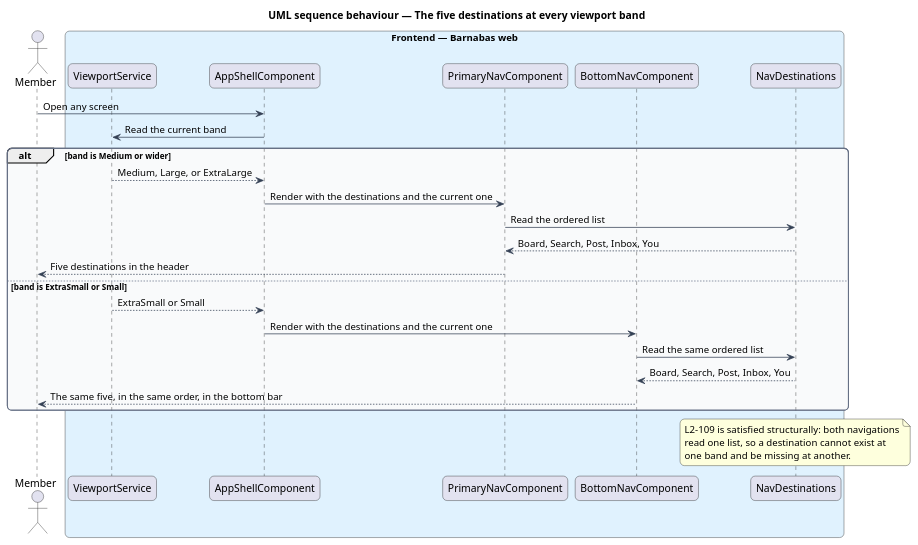
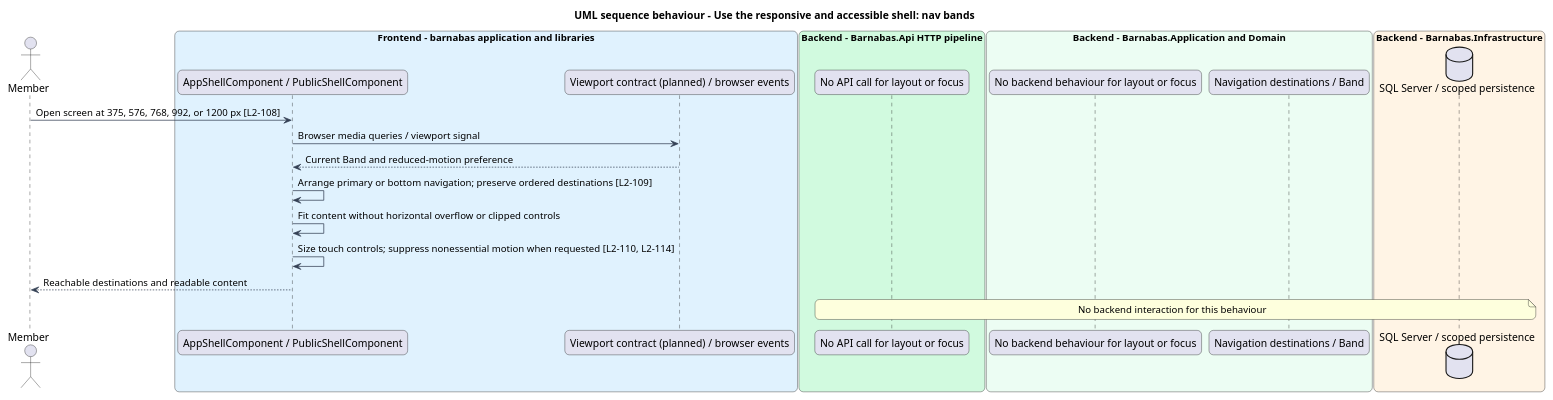
The diagram in docs/detailed-designs/platform/responsive-and-accessible-shell/diagrams/sequence-nav-bands.puml (QuinntyneBrown/Barnabas), drawn with PlantUML before and after one commit. The commit also changed 511 other files, not shown here.

```diff
--- a/docs/detailed-designs/platform/responsive-and-accessible-shell/diagrams/sequence-nav-bands.puml
+++ b/docs/detailed-designs/platform/responsive-and-accessible-shell/diagrams/sequence-nav-bands.puml
@@ -1,42 +1,40 @@
 @startuml
-title UML sequence behaviour — The five destinations at every viewport band
+title UML sequence behaviour - Use the responsive and accessible shell: nav bands
 skinparam backgroundColor #FFFFFF
 skinparam shadowing false
 skinparam roundcorner 12
 skinparam defaultFontName Arial
 skinparam ArrowColor #344054
 skinparam rectangle {
   BorderColor #344054
   FontColor #101828
 }
 skinparam package {
   BorderColor #667085
   FontColor #101828
   BackgroundColor #F9FAFB
 }
 actor "Member" as actor
-box "Frontend — Barnabas web" #E0F2FE
-  participant "ViewportService" as vp
-  participant "AppShellComponent" as shell
-  participant "PrimaryNavComponent" as primary
-  participant "BottomNavComponent" as bottom
-  participant "NavDestinations" as nav
+box "Frontend - barnabas application and libraries" #E0F2FE
+  participant "AppShellComponent / PublicShellComponent" as page
+  participant "Viewport contract (planned) / browser events" as client
 end box
-
-actor -> shell : Open any screen
-shell -> vp : Read the current band
-alt band is Medium or wider
-  vp --> shell : Medium, Large, or ExtraLarge
-  shell -> primary : Render with the destinations and the current one
-  primary -> nav : Read the ordered list
-  nav --> primary : Board, Search, Post, Inbox, You
-  primary --> actor : Five destinations in the header
-else band is ExtraSmall or Small
-  vp --> shell : ExtraSmall or Small
-  shell -> bottom : Render with the destinations and the current one
-  bottom -> nav : Read the same ordered list
-  nav --> bottom : Board, Search, Post, Inbox, You
-  bottom --> actor : The same five, in the same order, in the bottom bar
-end
-note over nav : L2-109 is satisfied structurally: both navigations\nread one list, so a destination cannot exist at\none band and be missing at another.
+box "Backend - Barnabas.Api HTTP pipeline" #D1FADF
+  participant "No API call for layout or focus" as api
+end box
+box "Backend - Barnabas.Application and Domain" #ECFDF3
+  participant "No backend behaviour for layout or focus" as handler
+  participant "Navigation destinations / Band" as entity
+end box
+box "Backend - Barnabas.Infrastructure" #FFF4E5
+  database "SQL Server / scoped persistence" as db
+end box
+actor -> page : Open screen at 375, 576, 768, 992, or 1200 px [L2-108]
+page -> client : Browser media queries / viewport signal
+client --> page : Current Band and reduced-motion preference
+page -> page : Arrange primary or bottom navigation; preserve ordered destinations [L2-109]
+page -> page : Fit content without horizontal overflow or clipped controls
+page -> page : Size touch controls; suppress nonessential motion when requested [L2-110, L2-114]
+page --> actor : Reachable destinations and readable content
+note over api, db : No backend interaction for this behaviour
 @enduml
```
